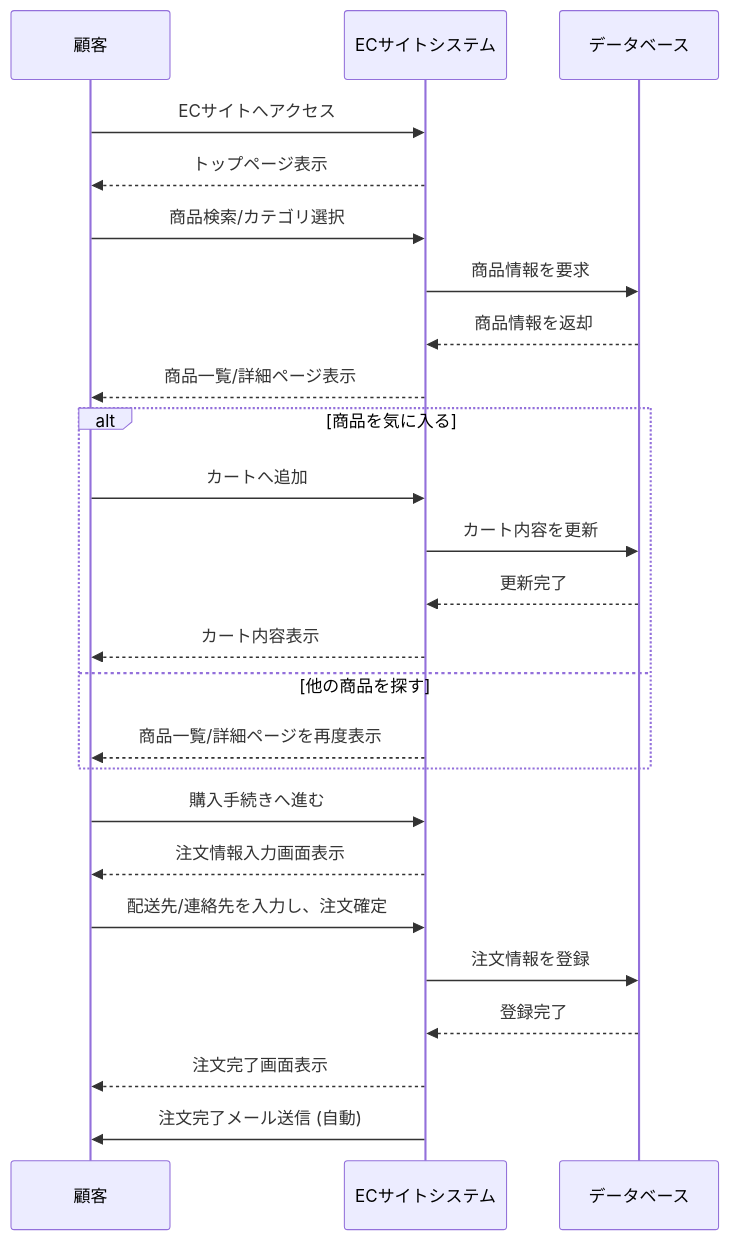
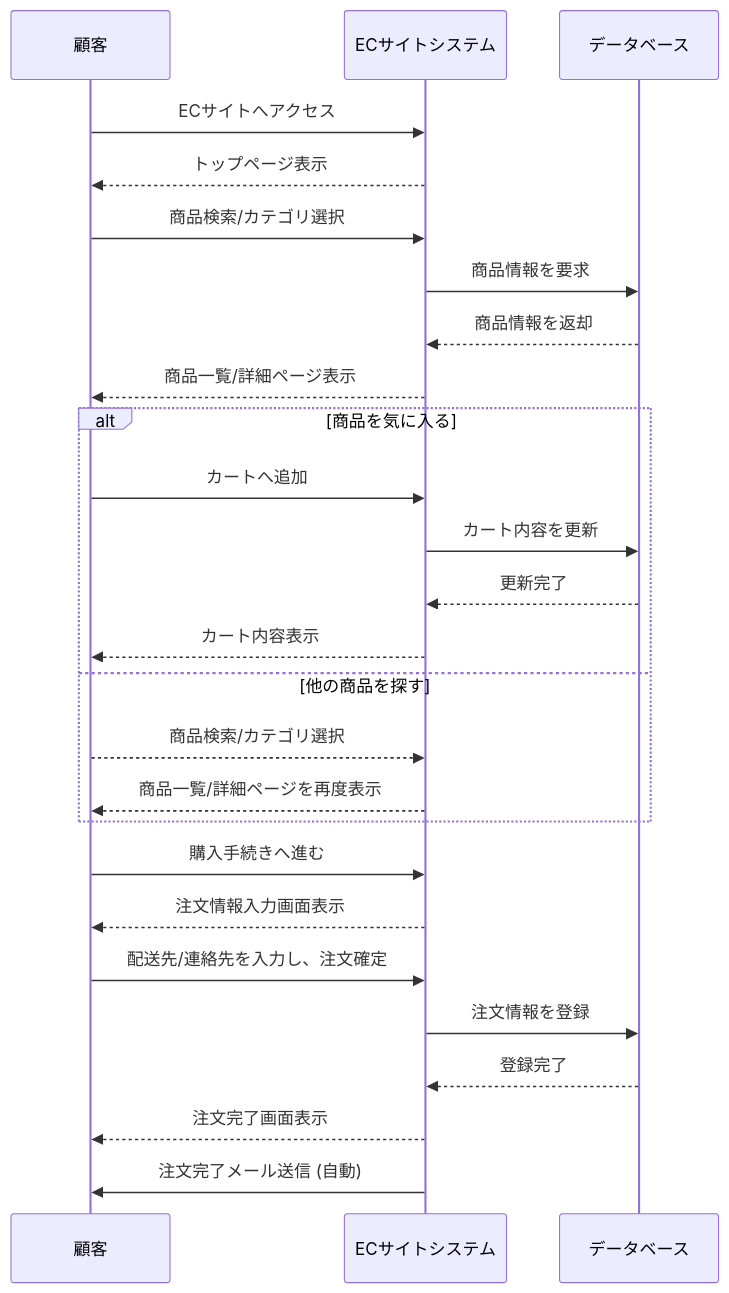
Before and after one commit to natsumiumeda/Jobs: the second of 2 diagrams in 要件定義/図.md, drawn with Mermaid.

Commit message:
→追加

```diff
--- a/要件定義/図.md
+++ b/要件定義/図.md
@@ -15,32 +15,33 @@
 <div class="mermaid">
  sequenceDiagram
     participant 顧客
     participant ECサイトシステム
     participant データベース
 
     顧客->>ECサイトシステム: ECサイトへアクセス
     ECサイトシステム-->>顧客: トップページ表示
 
     顧客->>ECサイトシステム: 商品検索/カテゴリ選択
     ECサイトシステム->>データベース: 商品情報を要求
     データベース-->>ECサイトシステム: 商品情報を返却
     ECサイトシステム-->>顧客: 商品一覧/詳細ページ表示
 
     alt 商品を気に入る
         顧客->>ECサイトシステム: カートへ追加
         ECサイトシステム->>データベース: カート内容を更新
         データベース-->>ECサイトシステム: 更新完了
         ECサイトシステム-->>顧客: カート内容表示
     else 他の商品を探す
+        顧客-->>ECサイトシステム: 商品検索/カテゴリ選択
         ECサイトシステム-->>顧客: 商品一覧/詳細ページを再度表示
     end
 
     顧客->>ECサイトシステム: 購入手続きへ進む
     ECサイトシステム-->>顧客: 注文情報入力画面表示
 
     顧客->>ECサイトシステム: 配送先/連絡先を入力し、注文確定
     ECサイトシステム->>データベース: 注文情報を登録
     データベース-->>ECサイトシステム: 登録完了
     ECサイトシステム-->>顧客: 注文完了画面表示
     ECサイトシステム->>顧客: 注文完了メール送信 (自動)
 </div>
```
